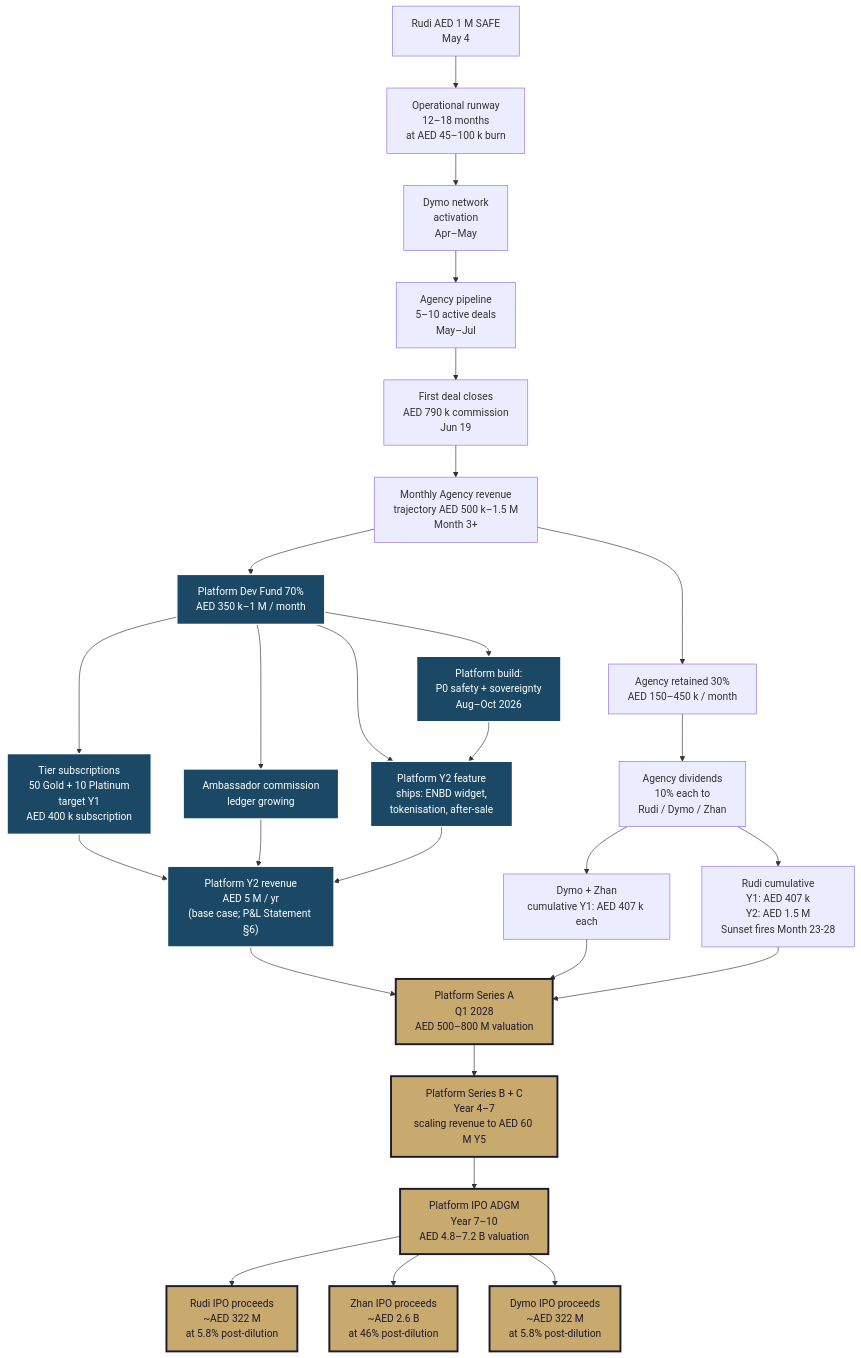
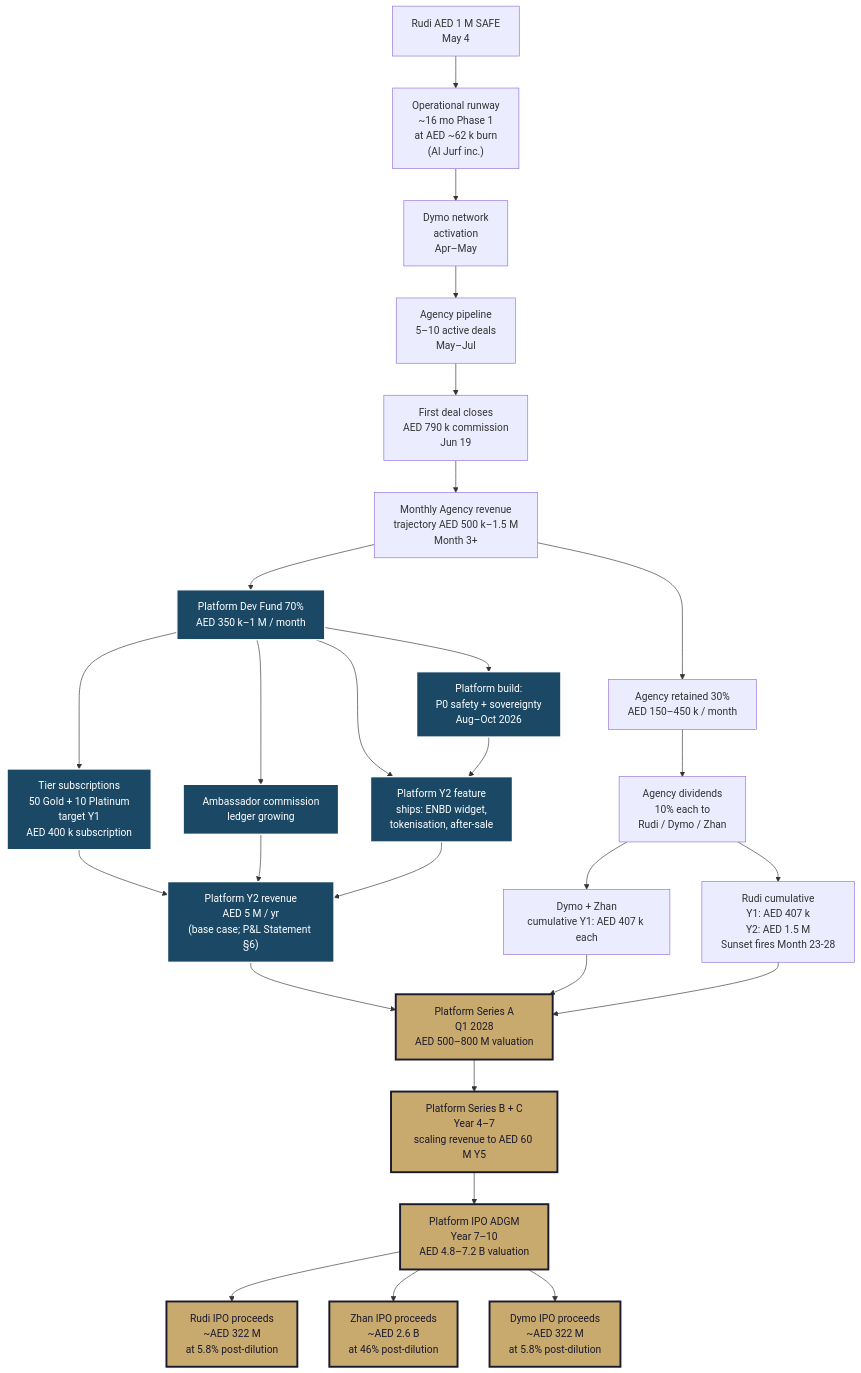
The fourth of 5 diagrams in docs/roadmap/DEPENDENCIES_MAP.md (ZaahiPlots/Zaahi), drawn with Mermaid before and after one commit. The commit also changed 1 other file, not shown here.

````diff
--- a/docs/roadmap/DEPENDENCIES_MAP.md
+++ b/docs/roadmap/DEPENDENCIES_MAP.md
@@ -225,38 +225,38 @@
 ```mermaid
 flowchart TD
-    A["Rudi AED 1 M SAFE<br/>May 4"] --> B["Operational runway<br/>12–18 months<br/>at AED 45–100 k burn"]
+    A["Rudi AED 1 M SAFE<br/>May 4"] --> B["Operational runway<br/>~16 mo Phase 1<br/>at AED ~62 k burn<br/>(Al Jurf inc.)"]
     B --> C["Dymo network<br/>activation<br/>Apr–May"]
     C --> D["Agency pipeline<br/>5–10 active deals<br/>May–Jul"]
     D --> E["First deal closes<br/>AED 790 k commission<br/>Jun 19"]
     E --> F["Monthly Agency revenue<br/>trajectory AED 500 k–1.5 M<br/>Month 3+"]
 
     F --> G["Agency retained 30%<br/>AED 150–450 k / month"]
     F --> H["Platform Dev Fund 70%<br/>AED 350 k–1 M / month"]:::platform
 
     G --> I["Agency dividends<br/>10% each to<br/>Rudi / Dymo / Zhan"]
     I --> J["Rudi cumulative<br/>Y1: AED 407 k<br/>Y2: AED 1.5 M<br/>Sunset fires Month 23-28"]
     I --> K["Dymo + Zhan<br/>cumulative Y1: AED 407 k each"]
 
     H --> L["Platform build:<br/>P0 safety + sovereignty<br/>Aug–Oct 2026"]:::platform
     H --> M["Tier subscriptions<br/>50 Gold + 10 Platinum<br/>target Y1<br/>AED 400 k subscription"]:::platform
     H --> N["Ambassador commission<br/>ledger growing"]:::platform
     H --> O["Platform Y2 feature<br/>ships: ENBD widget,<br/>tokenisation, after-sale"]:::platform
     
     L --> O
     M --> P["Platform Y2 revenue<br/>AED 5 M / yr<br/>(base case; P&L Statement §6)"]:::platform
     N --> P
     O --> P
 
     P --> Q["Platform Series A<br/>Q1 2028<br/>AED 500–800 M valuation"]:::critical
     K --> Q
     J --> Q
 
     Q --> R["Platform Series B + C<br/>Year 4–7<br/>scaling revenue to AED 60 M Y5"]:::critical
     R --> S["Platform IPO ADGM<br/>Year 7–10<br/>AED 4.8–7.2 B valuation"]:::critical
     S --> T["Rudi IPO proceeds<br/>~AED 322 M<br/>at 5.8% post-dilution"]:::critical
     S --> U["Zhan IPO proceeds<br/>~AED 2.6 B<br/>at 46% post-dilution"]:::critical
     S --> V["Dymo IPO proceeds<br/>~AED 322 M<br/>at 5.8% post-dilution"]:::critical
 
     classDef platform fill:#1B4965,stroke:#FFFFFF,stroke-width:2px,color:#FFFFFF
     classDef critical fill:#C8A96E,stroke:#1A1A2E,stroke-width:3px,color:#1A1A2E
 ```
````
